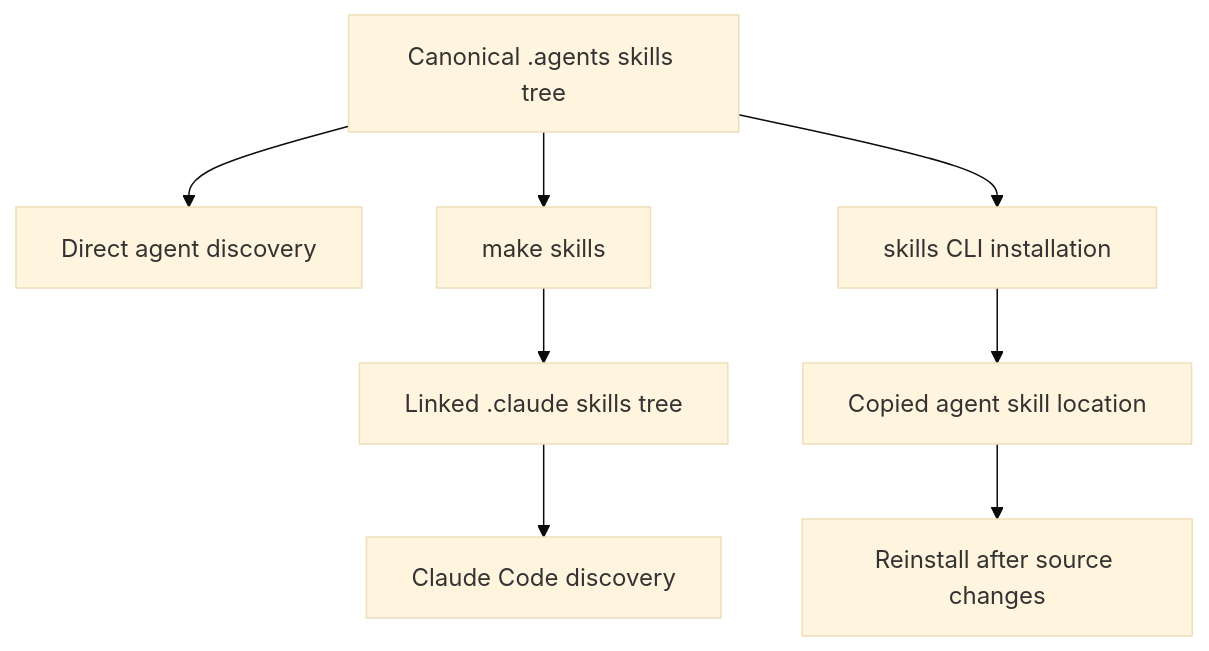
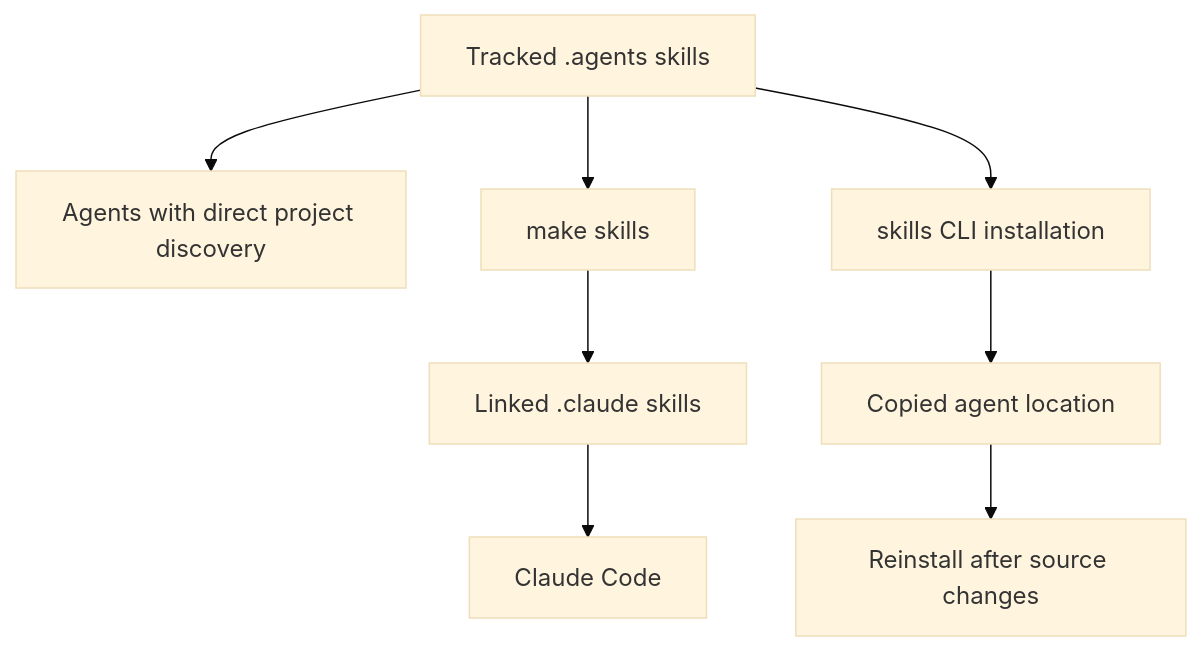
One commit to langchain-ai/docs changed the diagram in openwiki/operations/agent-skills.md. Above: the diagram before and after it, drawn with Mermaid (base theme). The commit also changed other lines of this file and 25 other files, not shown here.

````diff
--- a/openwiki/operations/agent-skills.md
+++ b/openwiki/operations/agent-skills.md
@@ -69,10 +68,10 @@
 ```mermaid
 flowchart TD
-  Canonical["Canonical .agents skills tree"] --> Direct["Direct agent discovery"]
-  Canonical --> MakeSkills["make skills"]
-  MakeSkills --> ClaudeTree["Linked .claude skills tree"]
-  ClaudeTree --> ClaudeCode["Claude Code discovery"]
-  Canonical --> SkillsCLI["skills CLI installation"]
-  SkillsCLI --> Copy["Copied agent skill location"]
-  Copy --> Reinstall["Reinstall after source changes"]
+  Canonical["Tracked .agents skills"] --> Direct["Agents with direct project discovery"]
+  Canonical --> Make["make skills"]
+  Make --> Claude["Linked .claude skills"]
+  Claude --> ClaudeCode["Claude Code"]
+  Canonical --> CLI["skills CLI installation"]
+  CLI --> Copy["Copied agent location"]
+  Copy --> Refresh["Reinstall after source changes"]
 ```
````
